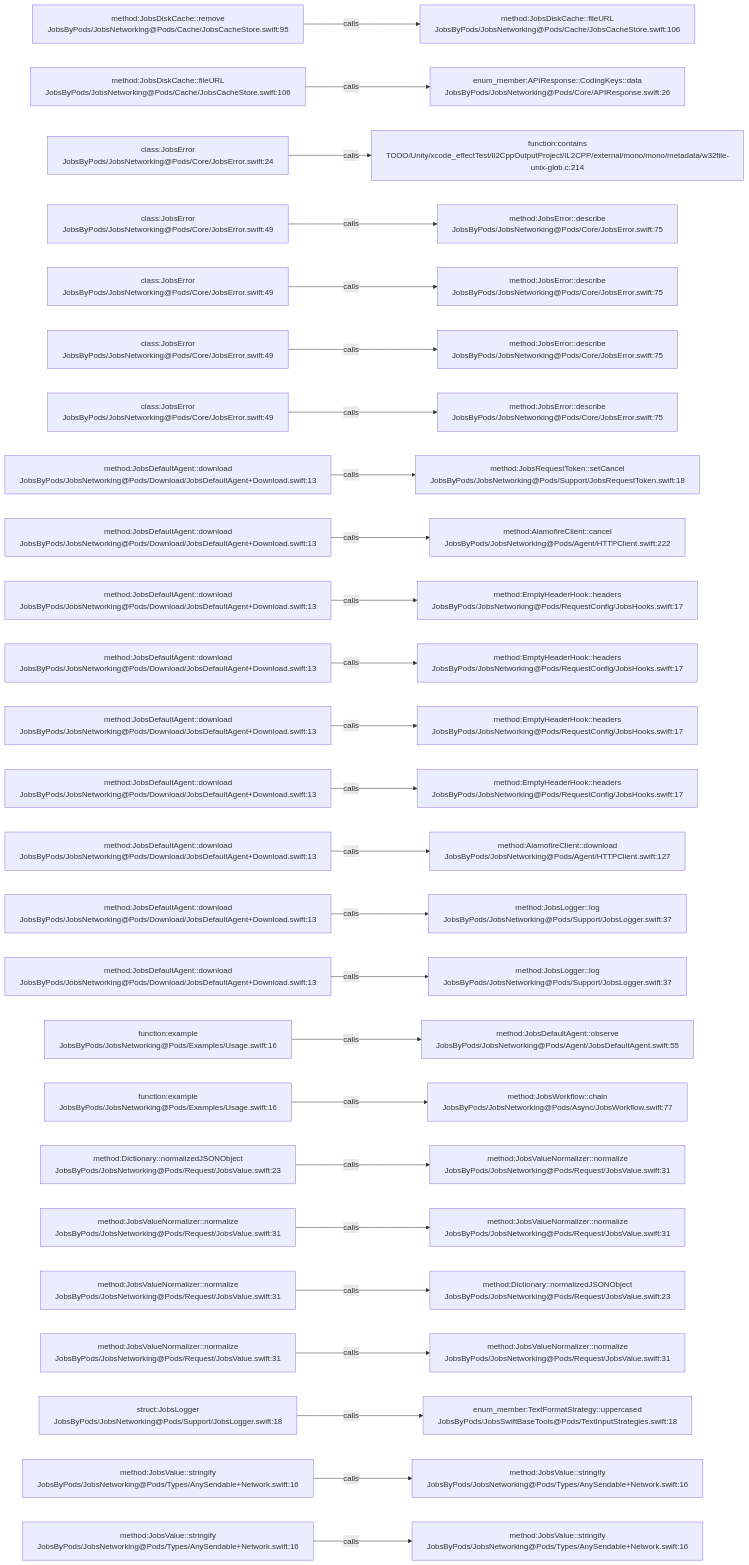
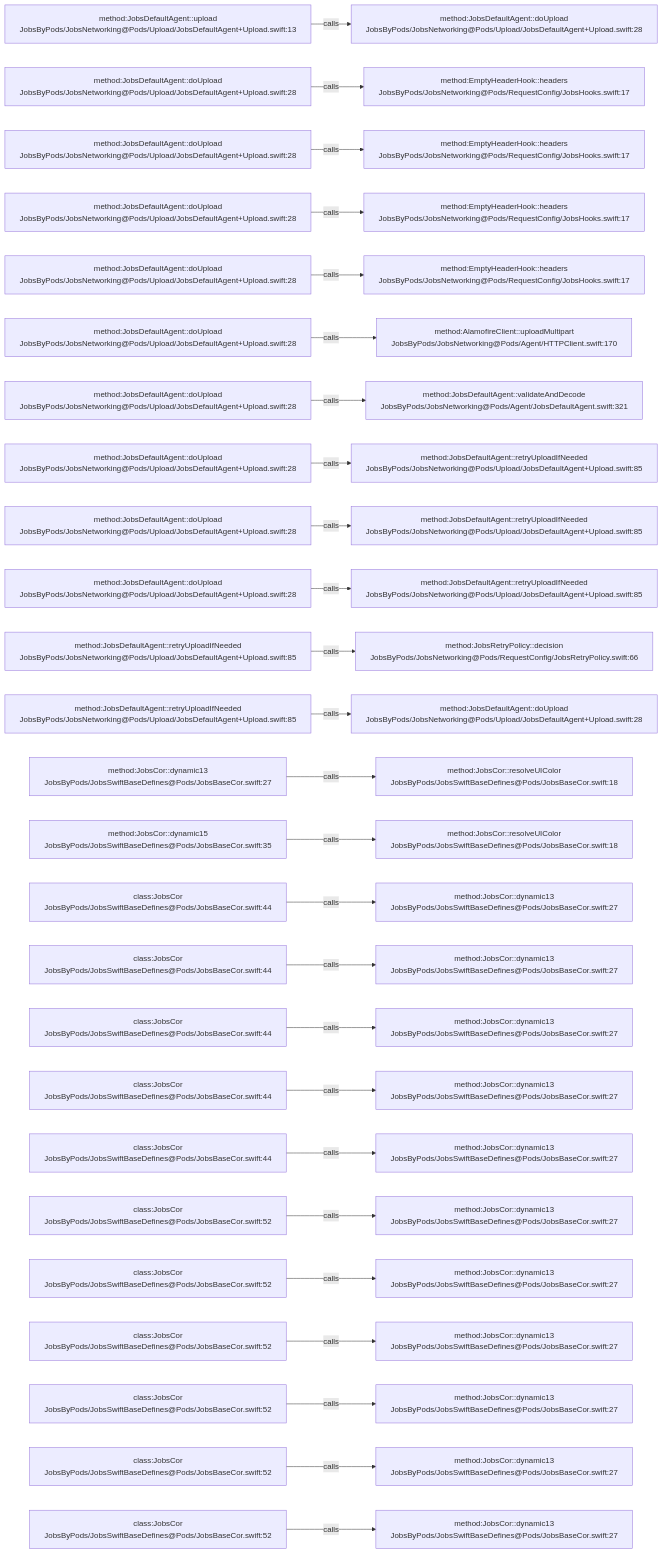
Before and after one commit to JobsKits/JobsSwiftBaseConfigDemo: the diagram in .codegraph/codegraph.md/graphs/calls-011.md, drawn with Mermaid. The commit also changed 2959 other files, not shown here.

````diff
--- a/.codegraph/codegraph.md/graphs/calls-011.md
+++ b/.codegraph/codegraph.md/graphs/calls-011.md
@@ -13,78 +13,78 @@
 ```mermaid
 flowchart LR
-  S1["method:JobsDiskCache::remove<br/>JobsByPods/JobsNetworking@Pods/Cache/JobsCacheStore.swift:95"]
-  T1["method:JobsDiskCache::fileURL<br/>JobsByPods/JobsNetworking@Pods/Cache/JobsCacheStore.swift:106"]
+  S1["method:JobsDefaultAgent::upload<br/>JobsByPods/JobsNetworking@Pods/Upload/JobsDefaultAgent+Upload.swift:13"]
+  T1["method:JobsDefaultAgent::doUpload<br/>JobsByPods/JobsNetworking@Pods/Upload/JobsDefaultAgent+Upload.swift:28"]
   S1 -->|calls| T1
-  S2["method:JobsDiskCache::fileURL<br/>JobsByPods/JobsNetworking@Pods/Cache/JobsCacheStore.swift:106"]
-  T2["enum_member:APIResponse::CodingKeys::data<br/>JobsByPods/JobsNetworking@Pods/Core/APIResponse.swift:26"]
+  S2["method:JobsDefaultAgent::doUpload<br/>JobsByPods/JobsNetworking@Pods/Upload/JobsDefaultAgent+Upload.swift:28"]
+  T2["method:EmptyHeaderHook::headers<br/>JobsByPods/JobsNetworking@Pods/RequestConfig/JobsHooks.swift:17"]
   S2 -->|calls| T2
-  S3["class:JobsError<br/>JobsByPods/JobsNetworking@Pods/Core/JobsError.swift:24"]
-  T3["function:contains<br/>TODO/Unity/xcode_effectTest/Il2CppOutputProject/IL2CPP/external/mono/mono/metadata/w32file-unix-glob.c:214"]
+  S3["method:JobsDefaultAgent::doUpload<br/>JobsByPods/JobsNetworking@Pods/Upload/JobsDefaultAgent+Upload.swift:28"]
+  T3["method:EmptyHeaderHook::headers<br/>JobsByPods/JobsNetworking@Pods/RequestConfig/JobsHooks.swift:17"]
   S3 -->|calls| T3
-  S4["class:JobsError<br/>JobsByPods/JobsNetworking@Pods/Core/JobsError.swift:49"]
-  T4["method:JobsError::describe<br/>JobsByPods/JobsNetworking@Pods/Core/JobsError.swift:75"]
+  S4["method:JobsDefaultAgent::doUpload<br/>JobsByPods/JobsNetworking@Pods/Upload/JobsDefaultAgent+Upload.swift:28"]
+  T4["method:EmptyHeaderHook::headers<br/>JobsByPods/JobsNetworking@Pods/RequestConfig/JobsHooks.swift:17"]
   S4 -->|calls| T4
-  S5["class:JobsError<br/>JobsByPods/JobsNetworking@Pods/Core/JobsError.swift:49"]
-  T5["method:JobsError::describe<br/>JobsByPods/JobsNetworking@Pods/Core/JobsError.swift:75"]
+  S5["method:JobsDefaultAgent::doUpload<br/>JobsByPods/JobsNetworking@Pods/Upload/JobsDefaultAgent+Upload.swift:28"]
+  T5["method:EmptyHeaderHook::headers<br/>JobsByPods/JobsNetworking@Pods/RequestConfig/JobsHooks.swift:17"]
   S5 -->|calls| T5
-  S6["class:JobsError<br/>JobsByPods/JobsNetworking@Pods/Core/JobsError.swift:49"]
-  T6["method:JobsError::describe<br/>JobsByPods/JobsNetworking@Pods/Core/JobsError.swift:75"]
+  S6["method:JobsDefaultAgent::doUpload<br/>JobsByPods/JobsNetworking@Pods/Upload/JobsDefaultAgent+Upload.swift:28"]
+  T6["method:AlamofireClient::uploadMultipart<br/>JobsByPods/JobsNetworking@Pods/Agent/HTTPClient.swift:170"]
   S6 -->|calls| T6
-  S7["class:JobsError<br/>JobsByPods/JobsNetworking@Pods/Core/JobsError.swift:49"]
-  T7["method:JobsError::describe<br/>JobsByPods/JobsNetworking@Pods/Core/JobsError.swift:75"]
+  S7["method:JobsDefaultAgent::doUpload<br/>JobsByPods/JobsNetworking@Pods/Upload/JobsDefaultAgent+Upload.swift:28"]
+  T7["method:JobsDefaultAgent::validateAndDecode<br/>JobsByPods/JobsNetworking@Pods/Agent/JobsDefaultAgent.swift:321"]
   S7 -->|calls| T7
-  S8["method:JobsDefaultAgent::download<br/>JobsByPods/JobsNetworking@Pods/Download/JobsDefaultAgent+Download.swift:13"]
-  T8["method:JobsRequestToken::setCancel<br/>JobsByPods/JobsNetworking@Pods/Support/JobsRequestToken.swift:18"]
+  S8["method:JobsDefaultAgent::doUpload<br/>JobsByPods/JobsNetworking@Pods/Upload/JobsDefaultAgent+Upload.swift:28"]
+  T8["method:JobsDefaultAgent::retryUploadIfNeeded<br/>JobsByPods/JobsNetworking@Pods/Upload/JobsDefaultAgent+Upload.swift:85"]
   S8 -->|calls| T8
-  S9["method:JobsDefaultAgent::download<br/>JobsByPods/JobsNetworking@Pods/Download/JobsDefaultAgent+Download.swift:13"]
-  T9["method:AlamofireClient::cancel<br/>JobsByPods/JobsNetworking@Pods/Agent/HTTPClient.swift:222"]
+  S9["method:JobsDefaultAgent::doUpload<br/>JobsByPods/JobsNetworking@Pods/Upload/JobsDefaultAgent+Upload.swift:28"]
+  T9["method:JobsDefaultAgent::retryUploadIfNeeded<br/>JobsByPods/JobsNetworking@Pods/Upload/JobsDefaultAgent+Upload.swift:85"]
   S9 -->|calls| T9
-  S10["method:JobsDefaultAgent::download<br/>JobsByPods/JobsNetworking@Pods/Download/JobsDefaultAgent+Download.swift:13"]
-  T10["method:EmptyHeaderHook::headers<br/>JobsByPods/JobsNetworking@Pods/RequestConfig/JobsHooks.swift:17"]
+  S10["method:JobsDefaultAgent::doUpload<br/>JobsByPods/JobsNetworking@Pods/Upload/JobsDefaultAgent+Upload.swift:28"]
+  T10["method:JobsDefaultAgent::retryUploadIfNeeded<br/>JobsByPods/JobsNetworking@Pods/Upload/JobsDefaultAgent+Upload.swift:85"]
   S10 -->|calls| T10
-  S11["method:JobsDefaultAgent::download<br/>JobsByPods/JobsNetworking@Pods/Download/JobsDefaultAgent+Download.swift:13"]
-  T11["method:EmptyHeaderHook::headers<br/>JobsByPods/JobsNetworking@Pods/RequestConfig/JobsHooks.swift:17"]
+  S11["method:JobsDefaultAgent::retryUploadIfNeeded<br/>JobsByPods/JobsNetworking@Pods/Upload/JobsDefaultAgent+Upload.swift:85"]
+  T11["method:JobsRetryPolicy::decision<br/>JobsByPods/JobsNetworking@Pods/RequestConfig/JobsRetryPolicy.swift:66"]
   S11 -->|calls| T11
-  S12["method:JobsDefaultAgent::download<br/>JobsByPods/JobsNetworking@Pods/Download/JobsDefaultAgent+Download.swift:13"]
-  T12["method:EmptyHeaderHook::headers<br/>JobsByPods/JobsNetworking@Pods/RequestConfig/JobsHooks.swift:17"]
+  S12["method:JobsDefaultAgent::retryUploadIfNeeded<br/>JobsByPods/JobsNetworking@Pods/Upload/JobsDefaultAgent+Upload.swift:85"]
+  T12["method:JobsDefaultAgent::doUpload<br/>JobsByPods/JobsNetworking@Pods/Upload/JobsDefaultAgent+Upload.swift:28"]
   S12 -->|calls| T12
-  S13["method:JobsDefaultAgent::download<br/>JobsByPods/JobsNetworking@Pods/Download/JobsDefaultAgent+Download.swift:13"]
-  T13["method:EmptyHeaderHook::headers<br/>JobsByPods/JobsNetworking@Pods/RequestConfig/JobsHooks.swift:17"]
+  S13["method:JobsCor::dynamic13<br/>JobsByPods/JobsSwiftBaseDefines@Pods/JobsBaseCor.swift:27"]
+  T13["method:JobsCor::resolveUIColor<br/>JobsByPods/JobsSwiftBaseDefines@Pods/JobsBaseCor.swift:18"]
   S13 -->|calls| T13
-  S14["method:JobsDefaultAgent::download<br/>JobsByPods/JobsNetworking@Pods/Download/JobsDefaultAgent+Download.swift:13"]
-  T14["method:AlamofireClient::download<br/>JobsByPods/JobsNetworking@Pods/Agent/HTTPClient.swift:127"]
+  S14["method:JobsCor::dynamic15<br/>JobsByPods/JobsSwiftBaseDefines@Pods/JobsBaseCor.swift:35"]
+  T14["method:JobsCor::resolveUIColor<br/>JobsByPods/JobsSwiftBaseDefines@Pods/JobsBaseCor.swift:18"]
   S14 -->|calls| T14
-  S15["method:JobsDefaultAgent::download<br/>JobsByPods/JobsNetworking@Pods/Download/JobsDefaultAgent+Download.swift:13"]
-  T15["method:JobsLogger::log<br/>JobsByPods/JobsNetworking@Pods/Support/JobsLogger.swift:37"]
+  S15["class:JobsCor<br/>JobsByPods/JobsSwiftBaseDefines@Pods/JobsBaseCor.swift:44"]
+  T15["method:JobsCor::dynamic13<br/>JobsByPods/JobsSwiftBaseDefines@Pods/JobsBaseCor.swift:27"]
   S15 -->|calls| T15
-  S16["method:JobsDefaultAgent::download<br/>JobsByPods/JobsNetworking@Pods/Download/JobsDefaultAgent+Download.swift:13"]
-  T16["method:JobsLogger::log<br/>JobsByPods/JobsNetworking@Pods/Support/JobsLogger.swift:37"]
+  S16["class:JobsCor<br/>JobsByPods/JobsSwiftBaseDefines@Pods/JobsBaseCor.swift:44"]
+  T16["method:JobsCor::dynamic13<br/>JobsByPods/JobsSwiftBaseDefines@Pods/JobsBaseCor.swift:27"]
   S16 -->|calls| T16
-  S17["function:example<br/>JobsByPods/JobsNetworking@Pods/Examples/Usage.swift:16"]
-  T17["method:JobsDefaultAgent::observe<br/>JobsByPods/JobsNetworking@Pods/Agent/JobsDefaultAgent.swift:55"]
+  S17["class:JobsCor<br/>JobsByPods/JobsSwiftBaseDefines@Pods/JobsBaseCor.swift:44"]
+  T17["method:JobsCor::dynamic13<br/>JobsByPods/JobsSwiftBaseDefines@Pods/JobsBaseCor.swift:27"]
   S17 -->|calls| T17
-  S18["function:example<br/>JobsByPods/JobsNetworking@Pods/Examples/Usage.swift:16"]
-  T18["method:JobsWorkflow::chain<br/>JobsByPods/JobsNetworking@Pods/Async/JobsWorkflow.swift:77"]
+  S18["class:JobsCor<br/>JobsByPods/JobsSwiftBaseDefines@Pods/JobsBaseCor.swift:44"]
+  T18["method:JobsCor::dynamic13<br/>JobsByPods/JobsSwiftBaseDefines@Pods/JobsBaseCor.swift:27"]
   S18 -->|calls| T18
-  S19["method:Dictionary::normalizedJSONObject<br/>JobsByPods/JobsNetworking@Pods/Request/JobsValue.swift:23"]
-  T19["method:JobsValueNormalizer::normalize<br/>JobsByPods/JobsNetworking@Pods/Request/JobsValue.swift:31"]
+  S19["class:JobsCor<br/>JobsByPods/JobsSwiftBaseDefines@Pods/JobsBaseCor.swift:44"]
+  T19["method:JobsCor::dynamic13<br/>JobsByPods/JobsSwiftBaseDefines@Pods/JobsBaseCor.swift:27"]
   S19 -->|calls| T19
-  S20["method:JobsValueNormalizer::normalize<br/>JobsByPods/JobsNetworking@Pods/Request/JobsValue.swift:31"]
-  T20["method:JobsValueNormalizer::normalize<br/>JobsByPods/JobsNetworking@Pods/Request/JobsValue.swift:31"]
+  S20["class:JobsCor<br/>JobsByPods/JobsSwiftBaseDefines@Pods/JobsBaseCor.swift:52"]
+  T20["method:JobsCor::dynamic13<br/>JobsByPods/JobsSwiftBaseDefines@Pods/JobsBaseCor.swift:27"]
   S20 -->|calls| T20
-  S21["method:JobsValueNormalizer::normalize<br/>JobsByPods/JobsNetworking@Pods/Request/JobsValue.swift:31"]
-  T21["method:Dictionary::normalizedJSONObject<br/>JobsByPods/JobsNetworking@Pods/Request/JobsValue.swift:23"]
+  S21["class:JobsCor<br/>JobsByPods/JobsSwiftBaseDefines@Pods/JobsBaseCor.swift:52"]
+  T21["method:JobsCor::dynamic13<br/>JobsByPods/JobsSwiftBaseDefines@Pods/JobsBaseCor.swift:27"]
   S21 -->|calls| T21
-  S22["method:JobsValueNormalizer::normalize<br/>JobsByPods/JobsNetworking@Pods/Request/JobsValue.swift:31"]
-  T22["method:JobsValueNormalizer::normalize<br/>JobsByPods/JobsNetworking@Pods/Request/JobsValue.swift:31"]
+  S22["class:JobsCor<br/>JobsByPods/JobsSwiftBaseDefines@Pods/JobsBaseCor.swift:52"]
+  T22["method:JobsCor::dynamic13<br/>JobsByPods/JobsSwiftBaseDefines@Pods/JobsBaseCor.swift:27"]
   S22 -->|calls| T22
-  S23["struct:JobsLogger<br/>JobsByPods/JobsNetworking@Pods/Support/JobsLogger.swift:18"]
-  T23["enum_member:TextFormatStrategy::uppercased<br/>JobsByPods/JobsSwiftBaseTools@Pods/TextInputStrategies.swift:18"]
+  S23["class:JobsCor<br/>JobsByPods/JobsSwiftBaseDefines@Pods/JobsBaseCor.swift:52"]
+  T23["method:JobsCor::dynamic13<br/>JobsByPods/JobsSwiftBaseDefines@Pods/JobsBaseCor.swift:27"]
   S23 -->|calls| T23
-  S24["method:JobsValue::stringify<br/>JobsByPods/JobsNetworking@Pods/Types/AnySendable+Network.swift:16"]
-  T24["method:JobsValue::stringify<br/>JobsByPods/JobsNetworking@Pods/Types/AnySendable+Network.swift:16"]
+  S24["class:JobsCor<br/>JobsByPods/JobsSwiftBaseDefines@Pods/JobsBaseCor.swift:52"]
+  T24["method:JobsCor::dynamic13<br/>JobsByPods/JobsSwiftBaseDefines@Pods/JobsBaseCor.swift:27"]
   S24 -->|calls| T24
-  S25["method:JobsValue::stringify<br/>JobsByPods/JobsNetworking@Pods/Types/AnySendable+Network.swift:16"]
-  T25["method:JobsValue::stringify<br/>JobsByPods/JobsNetworking@Pods/Types/AnySendable+Network.swift:16"]
+  S25["class:JobsCor<br/>JobsByPods/JobsSwiftBaseDefines@Pods/JobsBaseCor.swift:52"]
+  T25["method:JobsCor::dynamic13<br/>JobsByPods/JobsSwiftBaseDefines@Pods/JobsBaseCor.swift:27"]
   S25 -->|calls| T25
 ```
````
